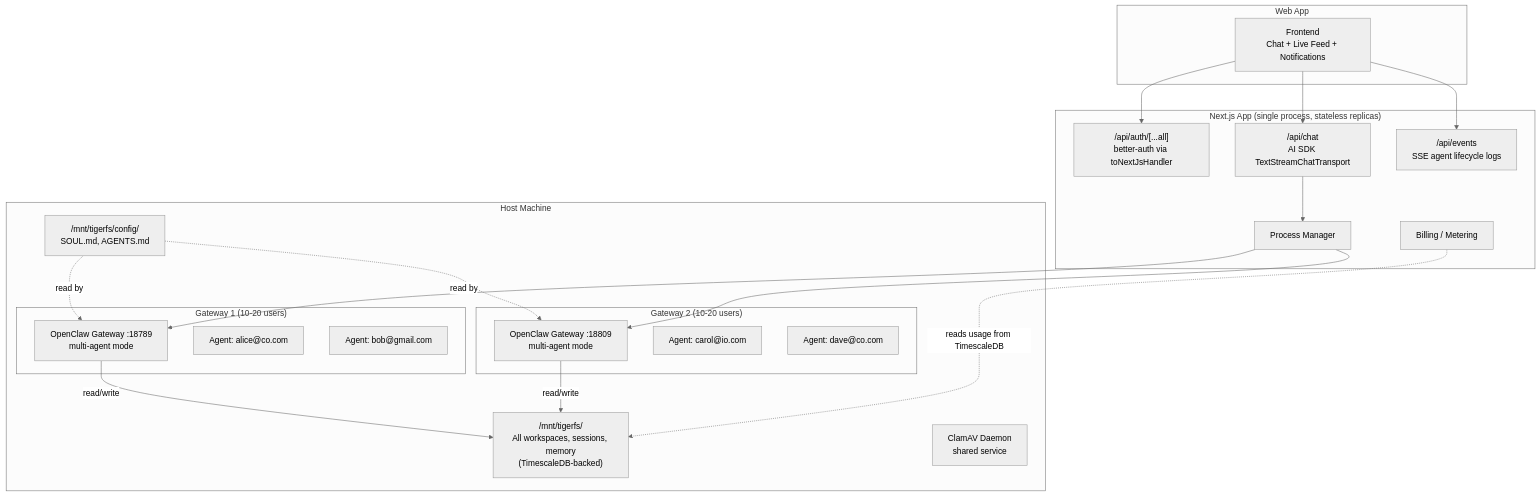
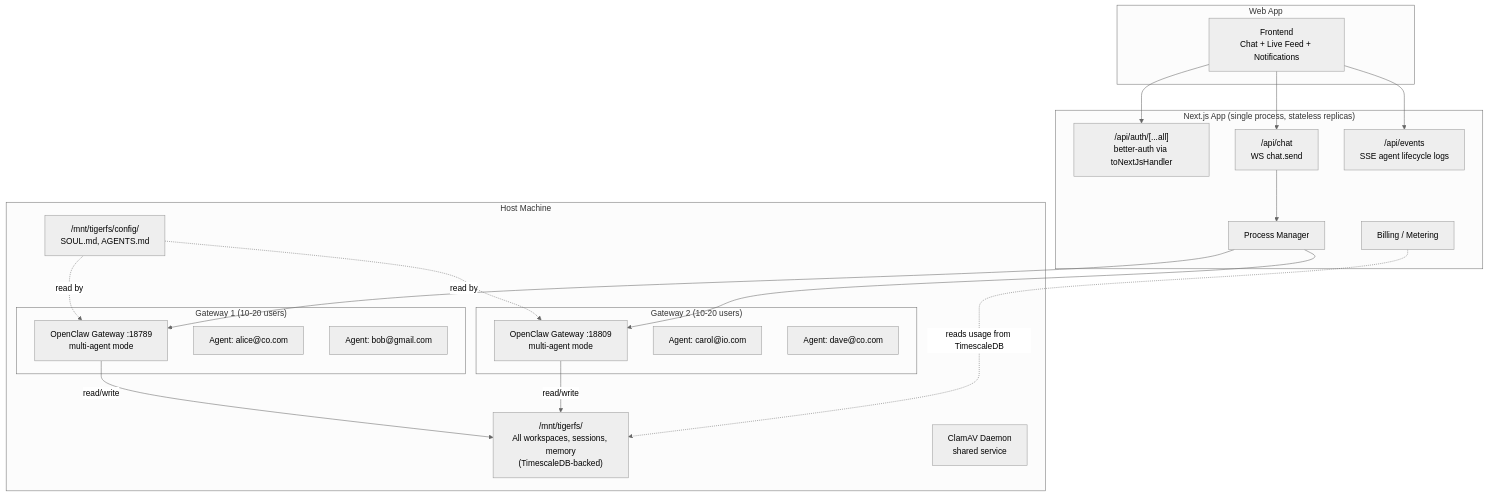
One commit to 1qh/claw changed the first of 6 diagrams in brainstorm/architecture/overview.md. Above: the diagram before and after it, drawn with Mermaid (neutral theme). The commit also changed other lines of this file and 17 other files, not shown here.

````diff
--- a/brainstorm/architecture/overview.md
+++ b/brainstorm/architecture/overview.md
@@ -19,38 +19,38 @@
 ```mermaid
 graph TB
     subgraph "Web App"
         FE[Frontend<br/>Chat + Live Feed + Notifications]
     end
 
     subgraph "Next.js App (single process, stateless replicas)"
         AUTH["/api/auth/[...all]<br/>better-auth via toNextJsHandler"]
-        CHAT["/api/chat<br/>AI SDK TextStreamChatTransport"]
+        CHAT["/api/chat<br/>WS chat.send"]
         EVENTS["/api/events<br/>SSE agent lifecycle logs"]
         PM[Process Manager]
         METER[Billing / Metering]
     end
 
     subgraph "Host Machine"
         subgraph "Gateway 1 (10-20 users)"
             GW1["OpenClaw Gateway :18789<br/>multi-agent mode"]
             A1["Agent: alice@co.com"]
             A2["Agent: bob@gmail.com"]
         end
         subgraph "Gateway 2 (10-20 users)"
             GW2["OpenClaw Gateway :18809<br/>multi-agent mode"]
             A3["Agent: carol@io.com"]
             A4["Agent: dave@co.com"]
         end
 
         TFS["/mnt/tigerfs/<br/>All workspaces, sessions, memory<br/>(TimescaleDB-backed)"]
         SHARED["/mnt/tigerfs/config/<br/>SOUL.md, AGENTS.md"]
         CLAM[ClamAV Daemon<br/>shared service]
     end
 
     FE --> AUTH & CHAT & EVENTS
     CHAT --> PM
     PM --> GW1 & GW2
     GW1 & GW2 -->|read/write| TFS
     METER -.->|reads usage from TimescaleDB| TFS
     SHARED -.->|read by| GW1 & GW2
 ```
````
